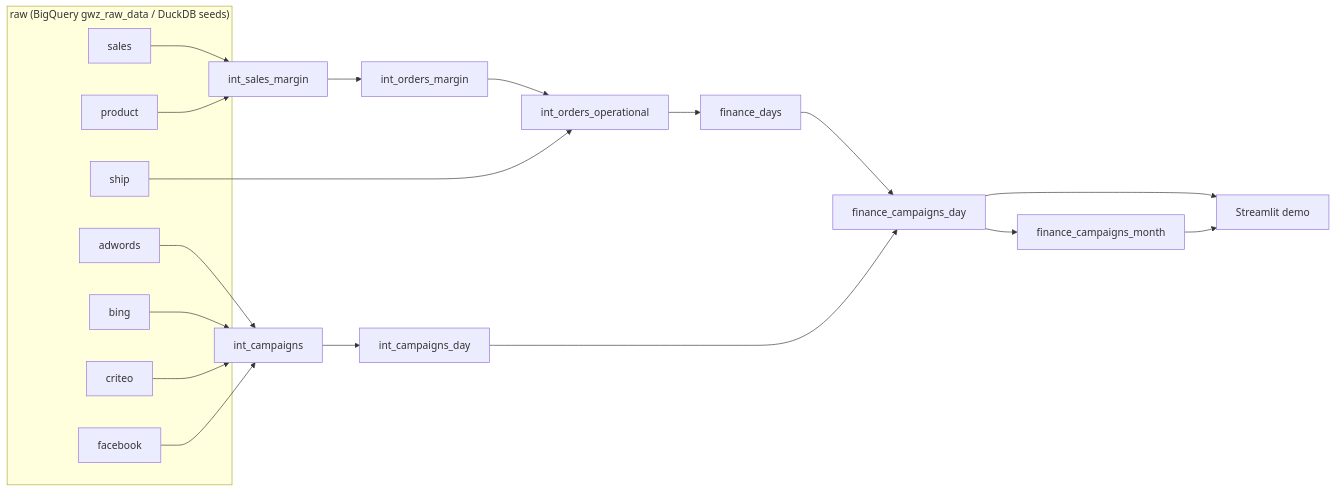
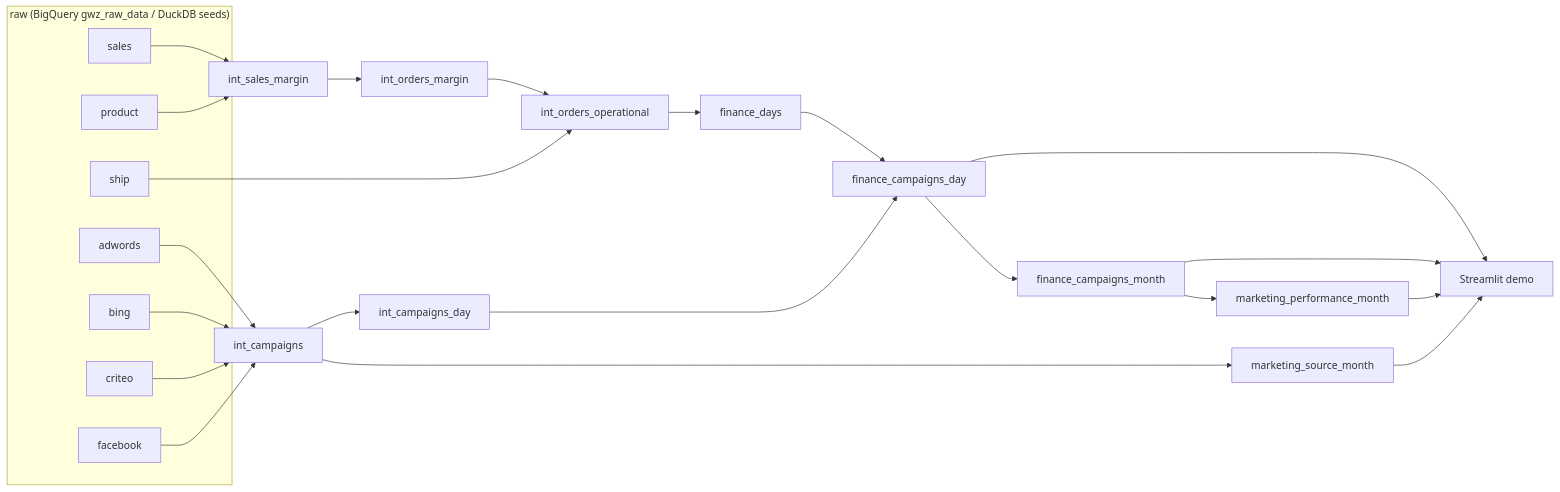
The diagram in README.md (senanurcetin/greenweez-finance-campaign-analytics), drawn with Mermaid before and after one commit. The commit also changed other lines of this file and 9 other files, not shown here.

````diff
--- a/README.md
+++ b/README.md
@@ -13,12 +13,13 @@
 ```mermaid
 flowchart LR
     subgraph raw["raw (BigQuery gwz_raw_data / DuckDB seeds)"]
         sales; product; ship
         adwords; bing; criteo; facebook
     end
     sales & product --> int_sales_margin --> int_orders_margin --> int_orders_operational
     ship --> int_orders_operational --> finance_days --> finance_campaigns_day
     adwords & bing & criteo & facebook --> int_campaigns --> int_campaigns_day --> finance_campaigns_day
-    finance_campaigns_day --> finance_campaigns_month
-    finance_campaigns_day & finance_campaigns_month --> dashboard["Streamlit demo"]
+    finance_campaigns_day --> finance_campaigns_month --> marketing_performance_month
+    int_campaigns --> marketing_source_month
+    finance_campaigns_day & finance_campaigns_month & marketing_performance_month & marketing_source_month --> dashboard["Streamlit demo"]
 ```
````
